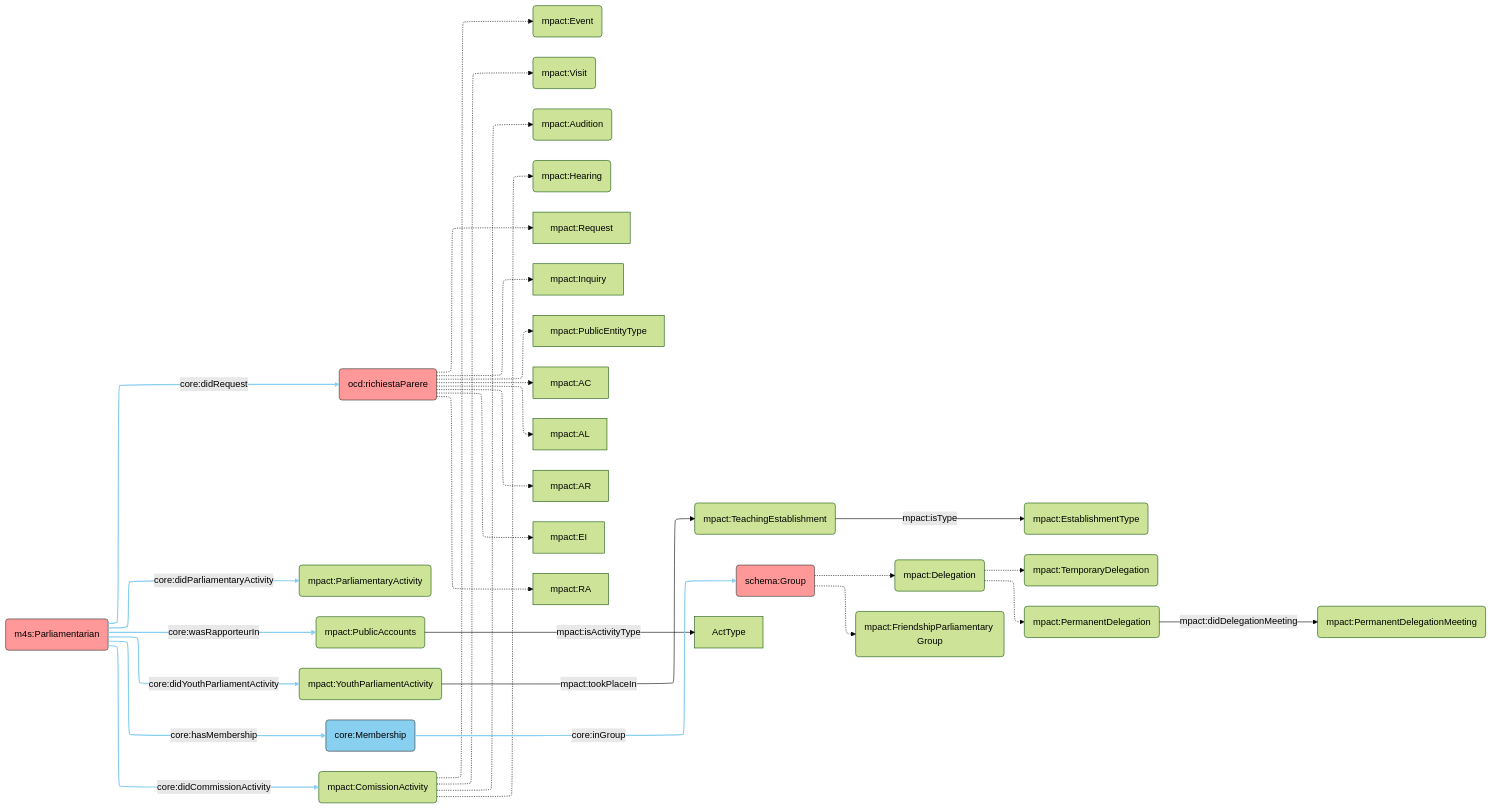
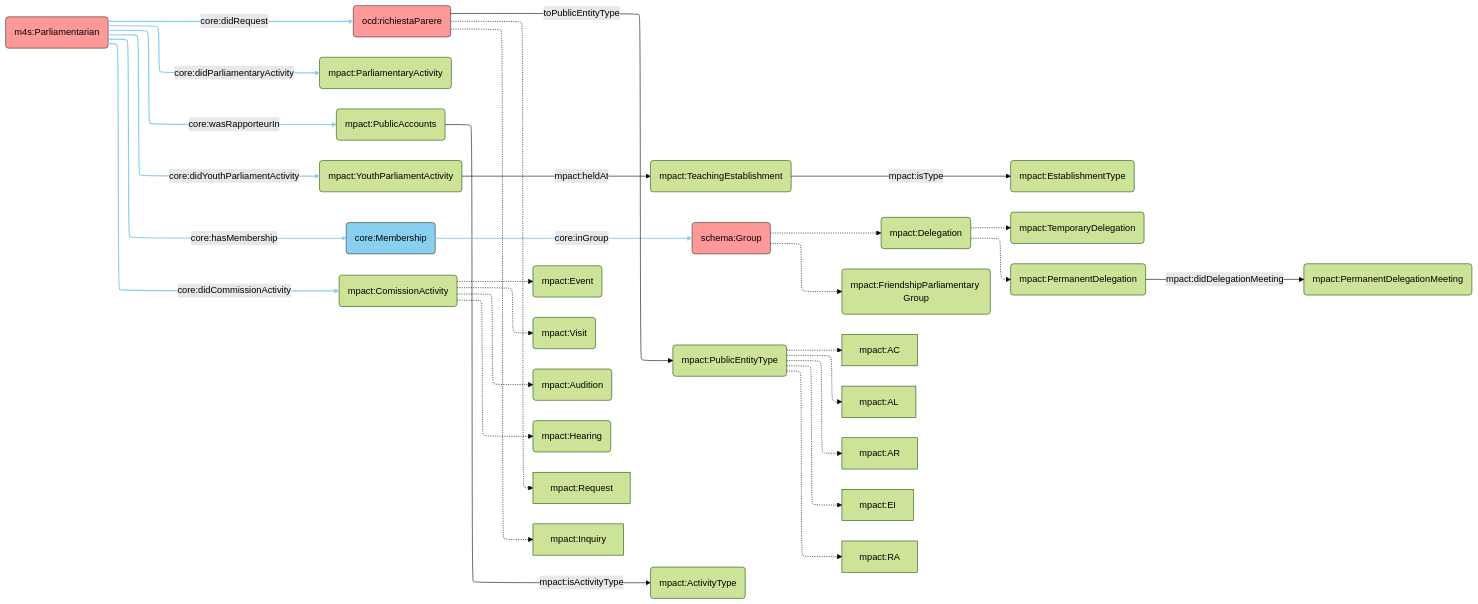
One commit to politrackpt/ontologies changed the diagram in POLIS/AR/images/mp-activities.mmd. Above: the diagram before and after it, drawn with Mermaid (forest theme).

Commit message:
update mp-activities diagram

```diff
--- a/POLIS/AR/images/mp-activities.mmd
+++ b/POLIS/AR/images/mp-activities.mmd
@@ -1,59 +1,61 @@
 ---
 config:
   layout: elk
 ---
 flowchart LR
     MP("m4s:Parliamentarian")
     Req("ocd:richiestaParere")   
     PAct("mpact:ParliamentaryActivity")
     PE("mpact:PublicAccounts")
     Event("mpact:Event")
     Visit("mpact:Visit")
     Audition("mpact:Audition")
     Delegation("mpact:Delegation")
     Hearing("mpact:Hearing")
     YPA("mpact:YouthParliamentActivity")
     TeaEs("mpact:TeachingEstablishment")
     EsType("mpact:EstablishmentType")
     Mem("core:Membership")
     DelE("mpact:TemporaryDelegation")
     DelP("mpact:PermanentDelegation")
     FPG("mpact:FriendshipParliamentary Group")
     DelPM("mpact:PermanentDelegationMeeting")
     ComA("mpact:ComissionActivity")
     Group("schema:Group")
+    PublicEntityType("mpact:PublicEntityType")
+    ActType(mpact:ActivityType)
 
     MP -- core:didCommissionActivity --> ComA
     ComA -.-> Hearing
     ComA -.-> Audition
     ComA -.-> Event
     ComA -.-> Visit
     MP -- core:didRequest --> Req
     MP -- core:didParliamentaryActivity --> PAct
     MP -- core:wasRapporteurIn --> PE
     PE -- mpact:isActivityType --> ActType
     MP -- core:didYouthParliamentActivity --> YPA
-    YPA -- mpact:tookPlaceIn --> TeaEs
+    YPA -- mpact:heldAt --> TeaEs
     TeaEs -- mpact:isType --> EsType
     MP -- core:hasMembership --> Mem
     DelP -- mpact:didDelegationMeeting --> DelPM
     Mem -- core:inGroup --> Group 
     Group -.-> FPG
     Group -.->Delegation
     Delegation -.-> DelE
     Delegation -.-> DelP
     Req -.-> mpact:Request
     Req -.-> mpact:Inquiry
-    Req -.-> mpact:PublicEntityType
-    Req -.-> mpact:AC
-    Req -.-> mpact:AL
-    Req -.-> mpact:AR
-    Req -.-> mpact:EI
-    Req -.-> mpact:RA
+    Req -- toPublicEntityType --> PublicEntityType
+    PublicEntityType -.-> mpact:AC
+    PublicEntityType -.-> mpact:AL
+    PublicEntityType -.-> mpact:AR
+    PublicEntityType -.-> mpact:EI
+    PublicEntityType -.-> mpact:RA
     
   style MP fill:#FF9999,stroke:#333,color:#000
   style Req fill:#FF9999,stroke:#333,color:#000
   %%style Event fill:#90EE90,stroke:#333,color:#000
     style Mem fill:#89CFF0,stroke:#333,color:#000
  style Group fill:#FF9999,stroke:#333,color:#000
     linkStyle 0,5,6,7,9,12,14 stroke:#89CFF0,stroke-width:2px
```
